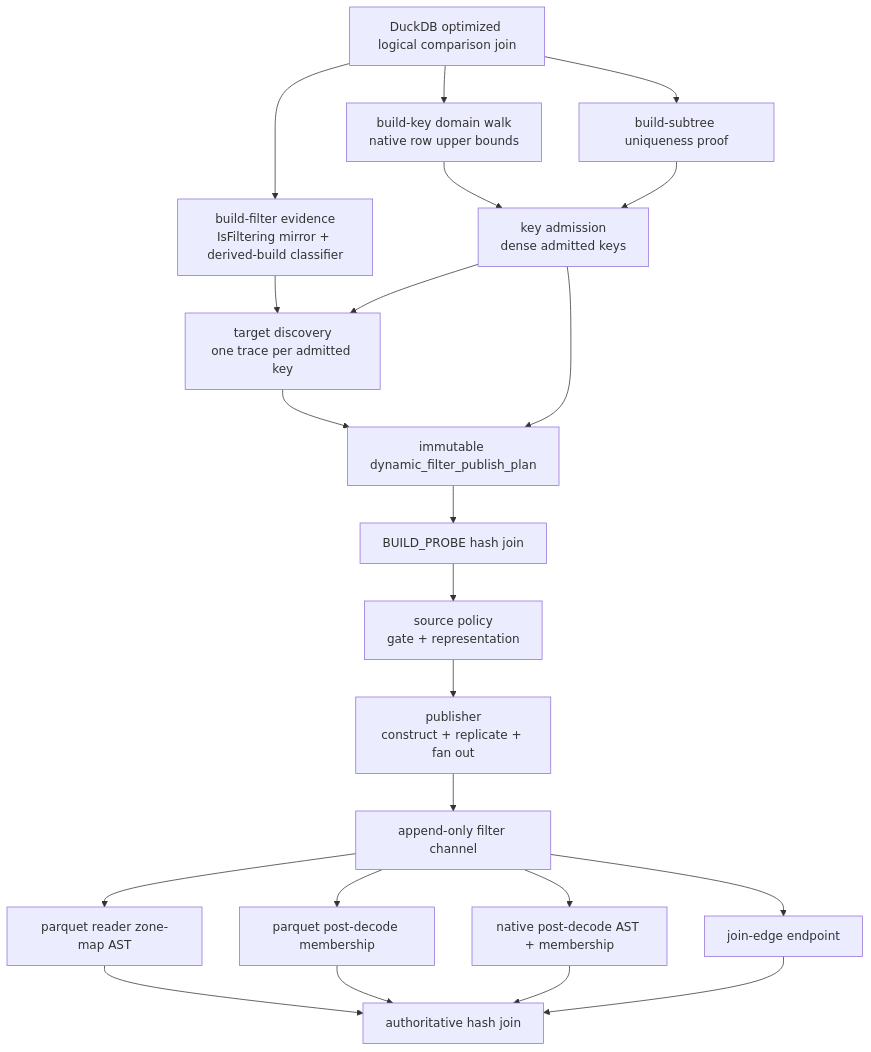
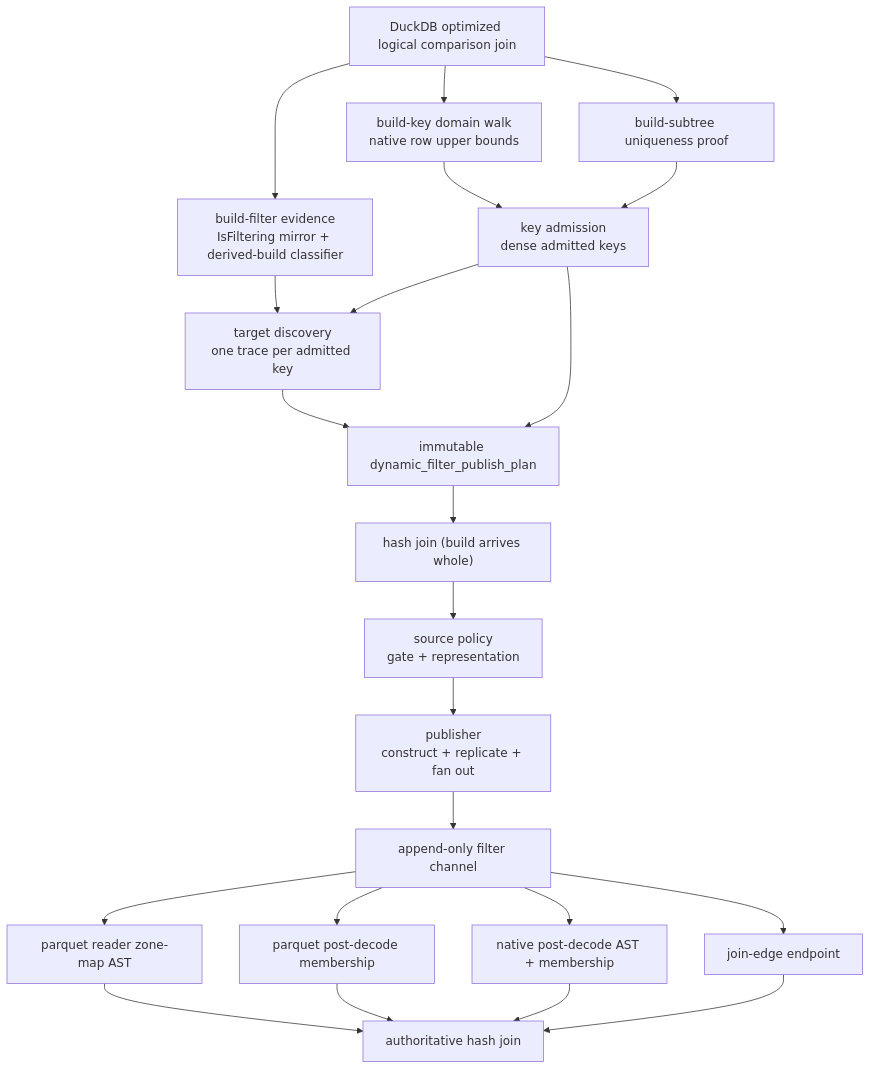
One commit to sirius-db/sirius changed the second of 5 diagrams in docs/super-sirius/dynamic-filters.md. Above: the diagram before and after it, drawn with Mermaid. The commit also changed other lines of this file, not shown here.

````diff
--- a/docs/super-sirius/dynamic-filters.md
+++ b/docs/super-sirius/dynamic-filters.md
@@ -142,34 +142,34 @@
 ```mermaid
 flowchart TB
     LOGICAL["DuckDB optimized logical comparison join"]
     EVIDENCE["build-filter evidence<br/>IsFiltering mirror + derived-build classifier"]
     DOMAIN["build-key domain walk<br/>native row upper bounds"]
     UNIQUE["build-subtree uniqueness proof"]
     ADMIT["key admission<br/>dense admitted keys"]
     DISCOVERY["target discovery<br/>one trace per admitted key"]
     PLAN["immutable dynamic_filter_publish_plan"]
-    JOIN["BUILD_PROBE hash join"]
+    JOIN["hash join (build arrives whole)"]
     POLICY["source policy<br/>gate + representation"]
     PUB["publisher<br/>construct + replicate + fan out"]
     CHANNEL["append-only filter channel"]
     RDR["parquet reader zone-map AST"]
     PQPOST["parquet post-decode membership"]
     NATIVE["native post-decode AST + membership"]
     EDGE["join-edge endpoint"]
     AUTH["authoritative hash join"]
 
     LOGICAL --> EVIDENCE
     LOGICAL --> DOMAIN
     LOGICAL --> UNIQUE
     DOMAIN --> ADMIT
     UNIQUE --> ADMIT
     EVIDENCE --> DISCOVERY
     ADMIT --> DISCOVERY
     ADMIT --> PLAN
     DISCOVERY --> PLAN
     PLAN --> JOIN --> POLICY --> PUB --> CHANNEL
     CHANNEL --> RDR --> AUTH
     CHANNEL --> PQPOST --> AUTH
     CHANNEL --> NATIVE --> AUTH
     CHANNEL --> EDGE --> AUTH
 ```
````
